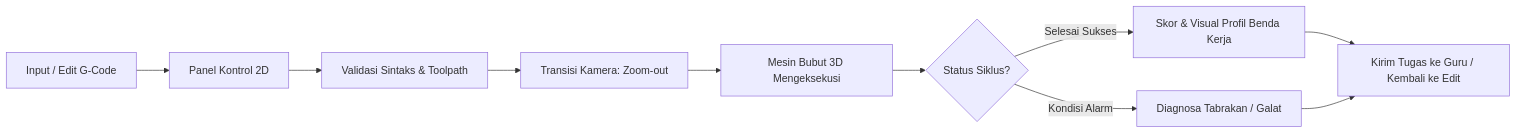
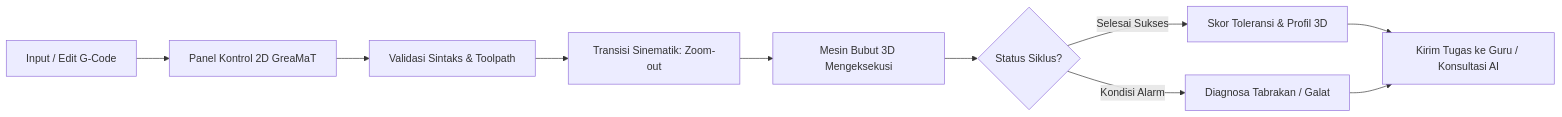
One commit to FataFavian/SiNC changed the second of 2 diagrams in README.md. Above: the diagram before and after it, drawn with Mermaid. The commit also changed other lines of this file and 1 other file, not shown here.

Commit message:
docs(readme): update system architecture diagram and comprehensive competition documentation

````diff
--- a/README.md
+++ b/README.md
@@ -93,12 +101,12 @@
 ```mermaid
 flowchart LR
-    A[Input / Edit G-Code] --> B[Panel Kontrol 2D]
+    A[Input / Edit G-Code] --> B[Panel Kontrol 2D GreaMaT]
     B --> C[Validasi Sintaks & Toolpath]
-    C --> D[Transisi Kamera: Zoom-out]
+    C --> D[Transisi Sinematik: Zoom-out]
     D --> E[Mesin Bubut 3D Mengeksekusi]
     E --> F{Status Siklus?}
-    F -->|Selesai Sukses| G[Skor & Visual Profil Benda Kerja]
+    F -->|Selesai Sukses| G[Skor Toleransi & Profil 3D]
     F -->|Kondisi Alarm| H[Diagnosa Tabrakan / Galat]
-    G --> I[Kirim Tugas ke Guru / Kembali ke Edit]
+    G --> I[Kirim Tugas ke Guru / Konsultasi AI]
     H --> I
 ```
````
